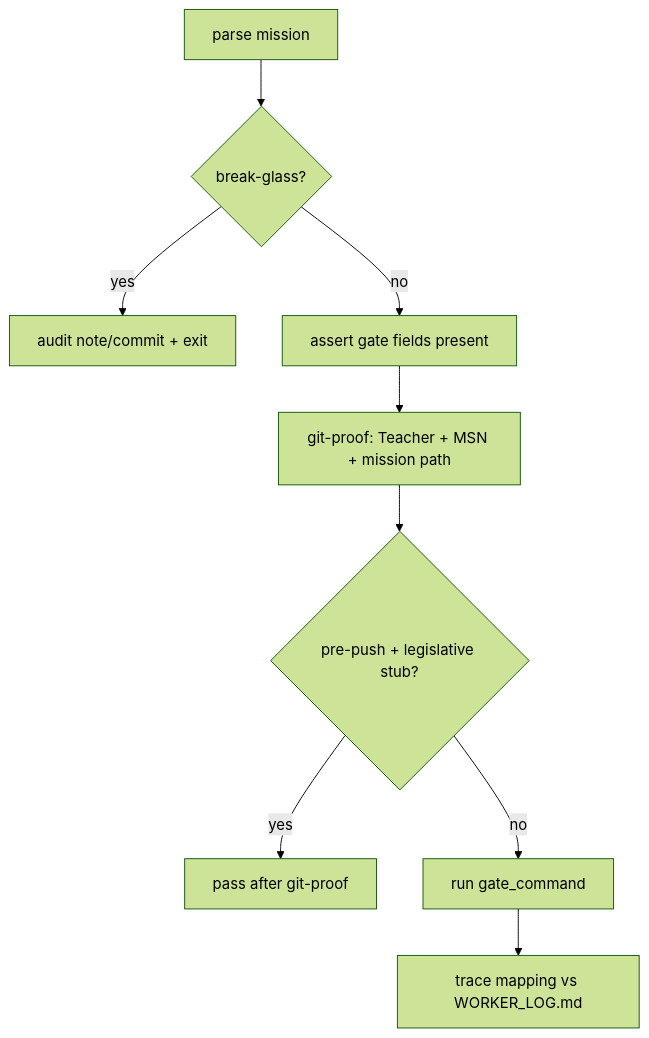
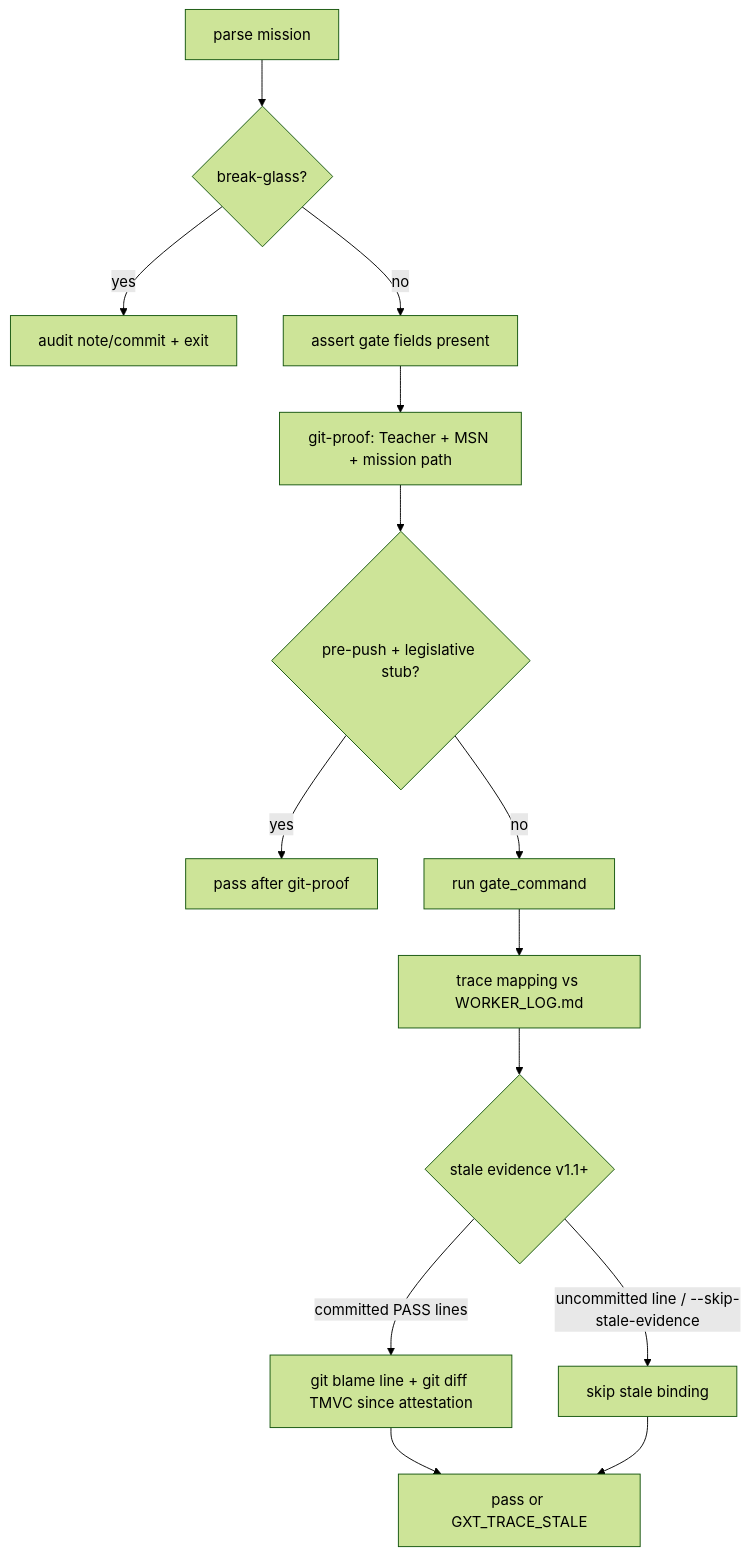
One commit to jeger-ai/opengantry changed the first of 2 diagrams in PROJECT_OUTLINE_ANALYSIS.md. Above: the diagram before and after it, drawn with Mermaid (forest theme). The commit also changed other lines of this file and 3 other files, not shown here.

````diff
--- a/PROJECT_OUTLINE_ANALYSIS.md
+++ b/PROJECT_OUTLINE_ANALYSIS.md
@@ -71,11 +85,16 @@
 ```mermaid
 flowchart TD
   A[parse mission] --> B{break-glass?}
   B -->|yes| C[audit note/commit + exit]
   B -->|no| D[assert gate fields present]
   D --> E[git-proof: Teacher + MSN + mission path]
   E --> F{pre-push + legislative stub?}
   F -->|yes| G[pass after git-proof]
   F -->|no| H[run gate_command]
   H --> I[trace mapping vs WORKER_LOG.md]
+  I --> J{stale evidence v1.1+}
+  J -->|committed PASS lines| K[git blame line + git diff TMVC since attestation]
+  J -->|uncommitted line / --skip-stale-evidence| L[skip stale binding]
+  K --> M[pass or GXT_TRACE_STALE]
+  L --> M
 ```
````
